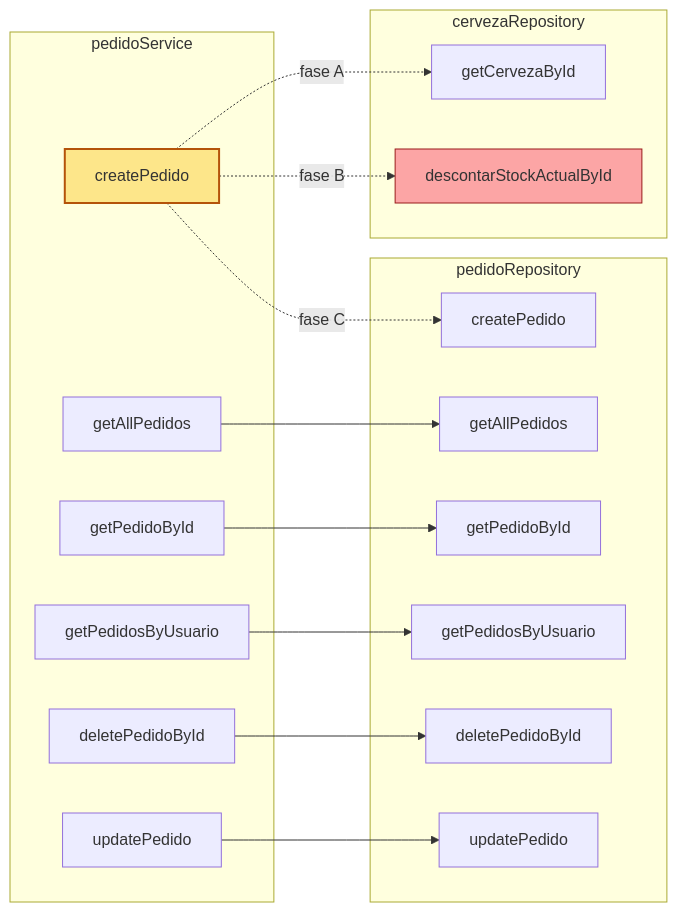
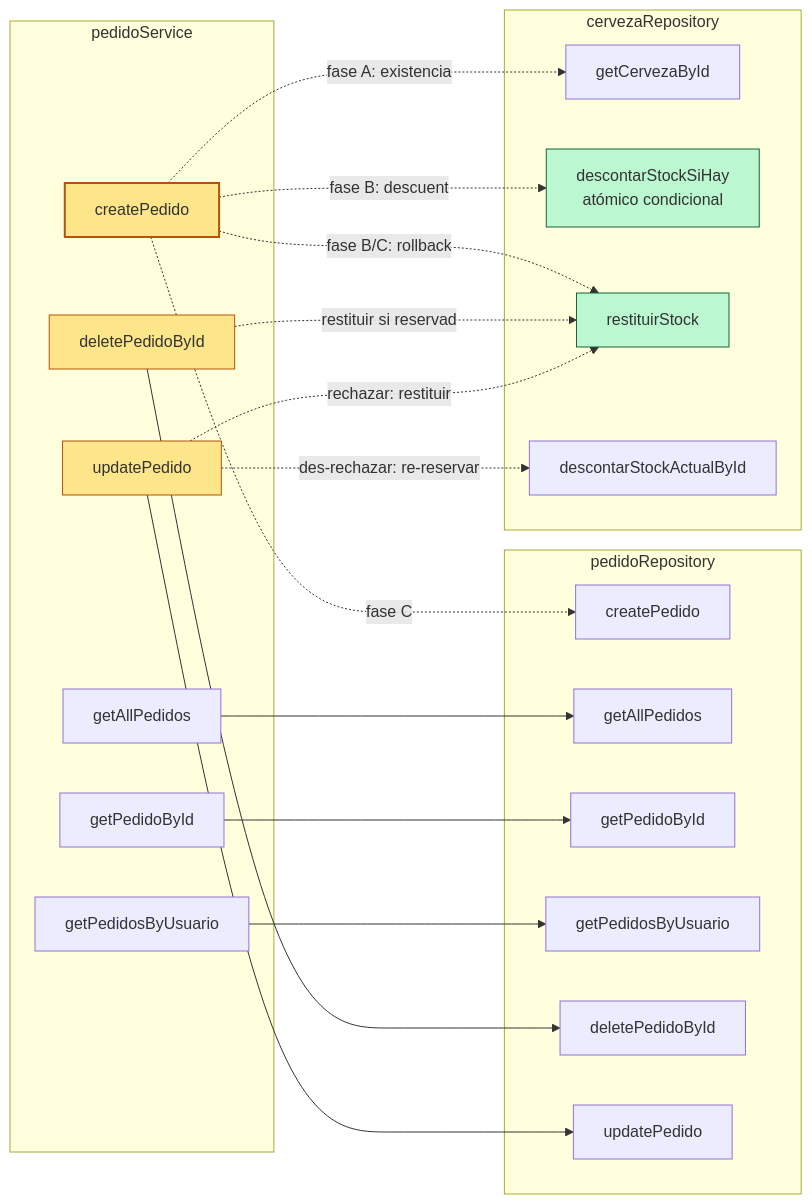
Before and after one commit to nicolasgonzalez98/tpGrupoFrontBack: the third of 7 diagrams in docs/architecture/MODULE_PEDIDO_SERVICE_DIAGRAMS.md, drawn with Mermaid. The commit also changed other lines of this file and 7 other files, not shown here.

````diff
--- a/docs/architecture/MODULE_PEDIDO_SERVICE_DIAGRAMS.md
+++ b/docs/architecture/MODULE_PEDIDO_SERVICE_DIAGRAMS.md
@@ -140,37 +153,46 @@
 ```mermaid
 flowchart LR
     subgraph SVC["pedidoService"]
         CP[createPedido]
         GAP[getAllPedidos]
         GPI[getPedidoById]
         GPU[getPedidosByUsuario]
         DPI[deletePedidoById]
         UP[updatePedido]
     end
 
     subgraph PRep["pedidoRepository"]
         PR_C[createPedido]
         PR_GA[getAllPedidos]
         PR_GI[getPedidoById]
         PR_GU[getPedidosByUsuario]
         PR_D[deletePedidoById]
         PR_U[updatePedido]
     end
 
     subgraph CRep["cervezaRepository"]
         CR_GI[getCervezaById]
+        CR_DH[descontarStockSiHay<br/>atómico condicional]
+        CR_R[restituirStock]
         CR_D[descontarStockActualById]
     end
 
-    CP -.fase A.-> CR_GI
-    CP -.fase B.-> CR_D
+    CP -.fase A: existencia.-> CR_GI
+    CP -.fase B: descuento.-> CR_DH
+    CP -.fase B/C: rollback.-> CR_R
     CP -.fase C.-> PR_C
     GAP --> PR_GA
     GPI --> PR_GI
     GPU --> PR_GU
+    DPI -.restituir si reservado.-> CR_R
     DPI --> PR_D
+    UP -.rechazar: restituir.-> CR_R
+    UP -.des-rechazar: re-reservar.-> CR_D
     UP --> PR_U
 
     style CP fill:#fde68a,stroke:#b45309,stroke-width:2px
-    style CR_D fill:#fca5a5,stroke:#991b1b
+    style DPI fill:#fde68a,stroke:#b45309
+    style UP fill:#fde68a,stroke:#b45309
+    style CR_DH fill:#bbf7d0,stroke:#166534
+    style CR_R fill:#bbf7d0,stroke:#166534
 ```
````
